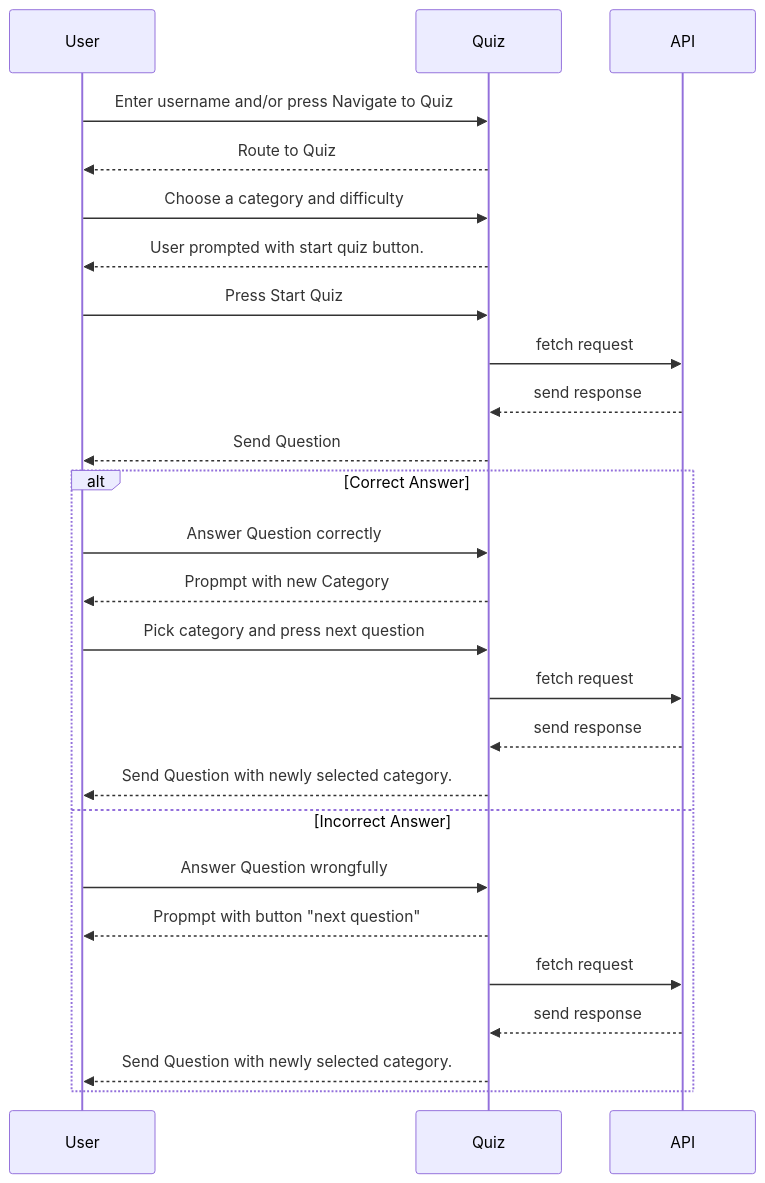
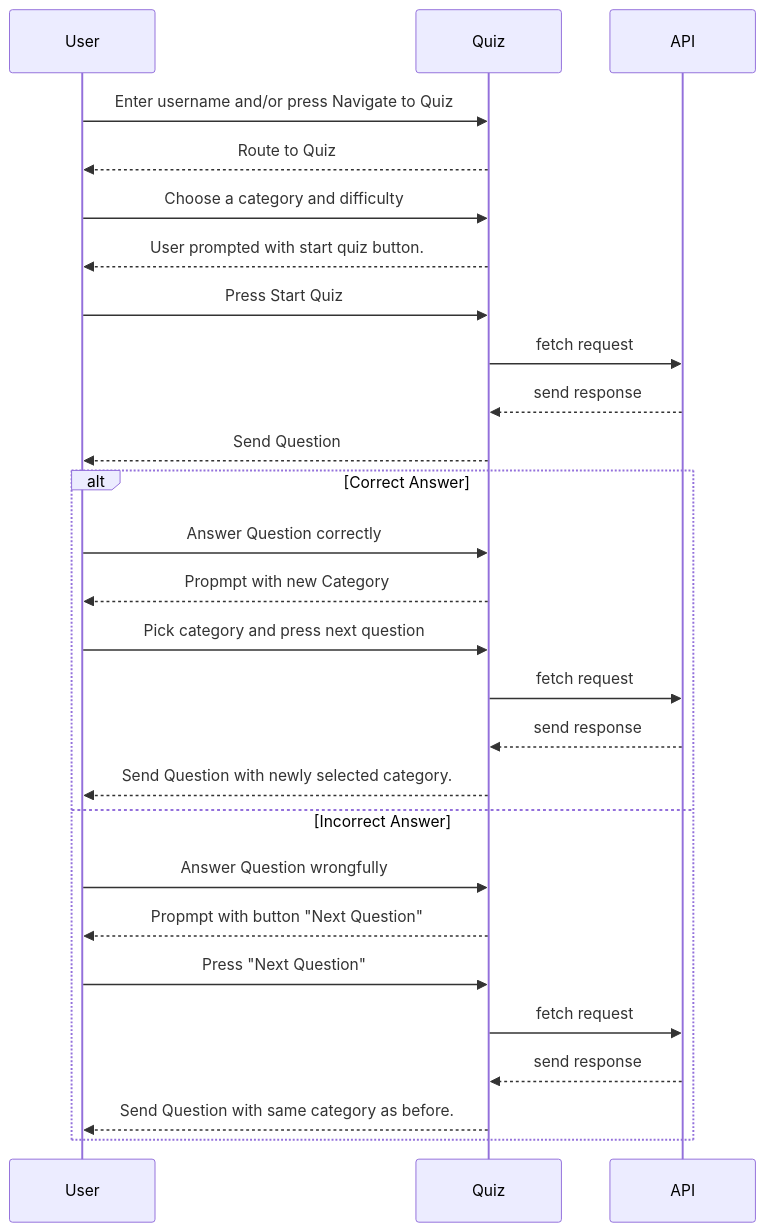
One commit to AdamAgerling/AdamAgerling-testing_typescript-quiz_app changed the diagram in src/sequenceDiagram.md. Above: the diagram before and after it, drawn with Mermaid.

Commit message:
fix alt sequence to sequenceDiagram.md

````diff
--- a/src/sequenceDiagram.md
+++ b/src/sequenceDiagram.md
@@ -1,31 +1,32 @@
 ```mermaid
   sequenceDiagram
       participant User
       participant Quiz
       participant API
 
       User->>Quiz: Enter username and/or press Navigate to Quiz
       Quiz-->>User: Route to Quiz
       User->>Quiz: Choose a category and difficulty
       Quiz-->>User: User prompted with start quiz button.
       User->>Quiz: Press Start Quiz
       Quiz->>API: fetch request
       API-->>Quiz: send response
       Quiz-->>User: Send Question
 
     alt Correct Answer
       User->>Quiz: Answer Question correctly
       Quiz-->>User: Propmpt with new Category
       User->>Quiz: Pick category and press next question
       Quiz->>API: fetch request
       API-->>Quiz: send response
       Quiz-->>User: Send Question with newly selected category.
 
     else Incorrect Answer
       User->>Quiz: Answer Question wrongfully
-      Quiz-->>User: Propmpt with button "next question"
+      Quiz-->>User: Propmpt with button "Next Question"
+       User->>Quiz: Press "Next Question"
       Quiz->>API: fetch request
       API-->>Quiz: send response
-      Quiz-->>User: Send Question with newly selected category.
+      Quiz-->>User: Send Question with same category as before.
 end
 ```
````
